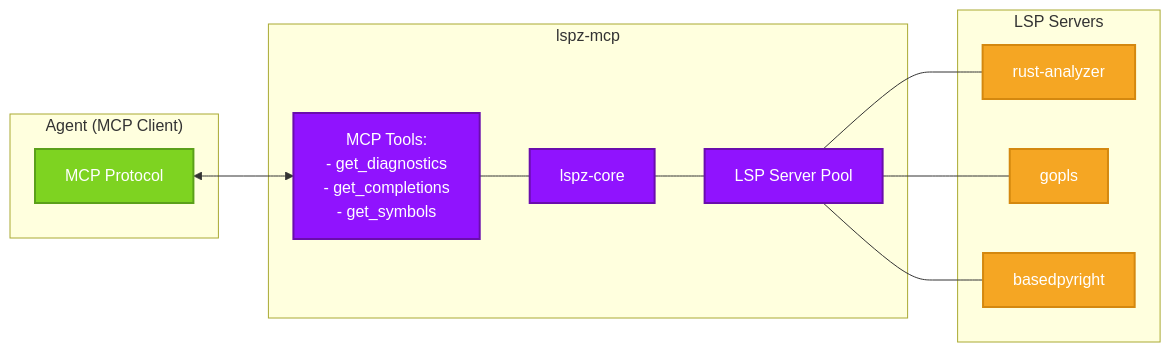
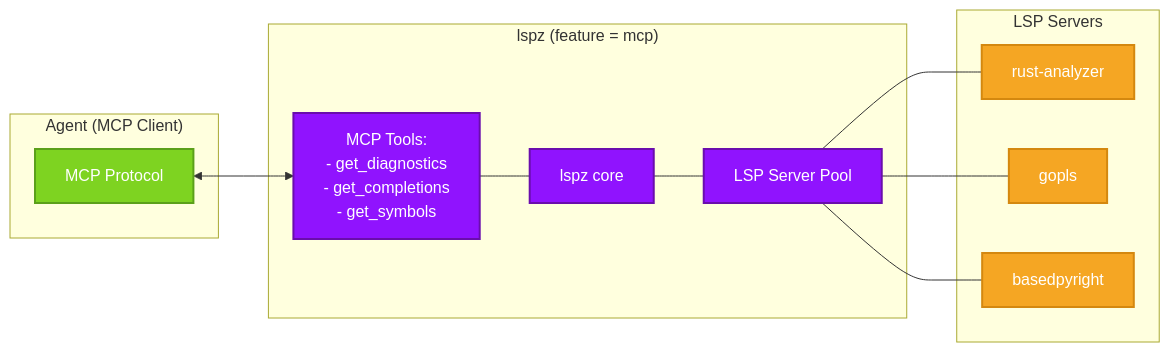
One commit to StrayDragon/lspz changed the seventh of 9 diagrams in docs/specs/001-tri-modal-architecture.md. Above: the diagram before and after it, drawn with Mermaid. The commit also changed other lines of this file and 108 other files, not shown here.

````diff
--- a/docs/specs/001-tri-modal-architecture.md
+++ b/docs/specs/001-tri-modal-architecture.md
@@ -402,30 +404,30 @@
 ```mermaid
 flowchart LR
     subgraph Client["Agent (MCP Client)"]
         C1["MCP Protocol"]
     end
-    subgraph Mcp["lspz-mcp"]
+    subgraph Mcp["lspz (feature = mcp)"]
         M1["MCP Tools:<br/>- get_diagnostics<br/>- get_completions<br/>- get_symbols"]
-        M2["lspz-core"]
+        M2["lspz core"]
         M3["LSP Server Pool"]
     end
     subgraph Servers["LSP Servers"]
         S1["rust-analyzer"]
         S2["gopls"]
         S3["basedpyright"]
     end
 
     C1 <--> M1
     M1 --- M2
     M2 --- M3
     M3 --- S1
     M3 --- S2
     M3 --- S3
 
     classDef client fill:#7ED321,stroke:#5BA01A,stroke-width:2px,color:#fff
     classDef mcp fill:#9013FE,stroke:#6A0DAD,stroke-width:2px,color:#fff
     classDef server fill:#F5A623,stroke:#D4880F,stroke-width:2px,color:#fff
     class C1 client
     class M1,M2,M3 mcp
     class S1,S2,S3 server
 ```
````
